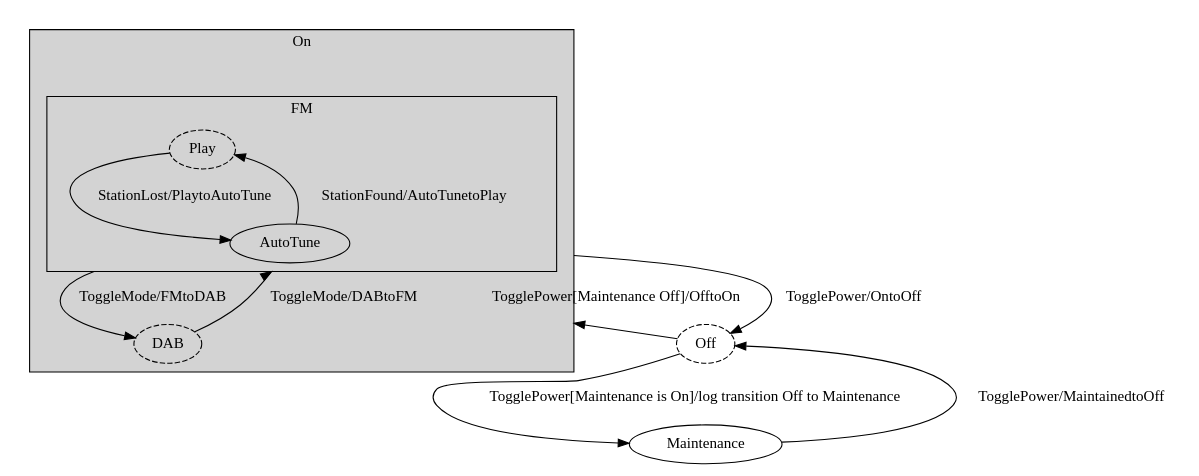
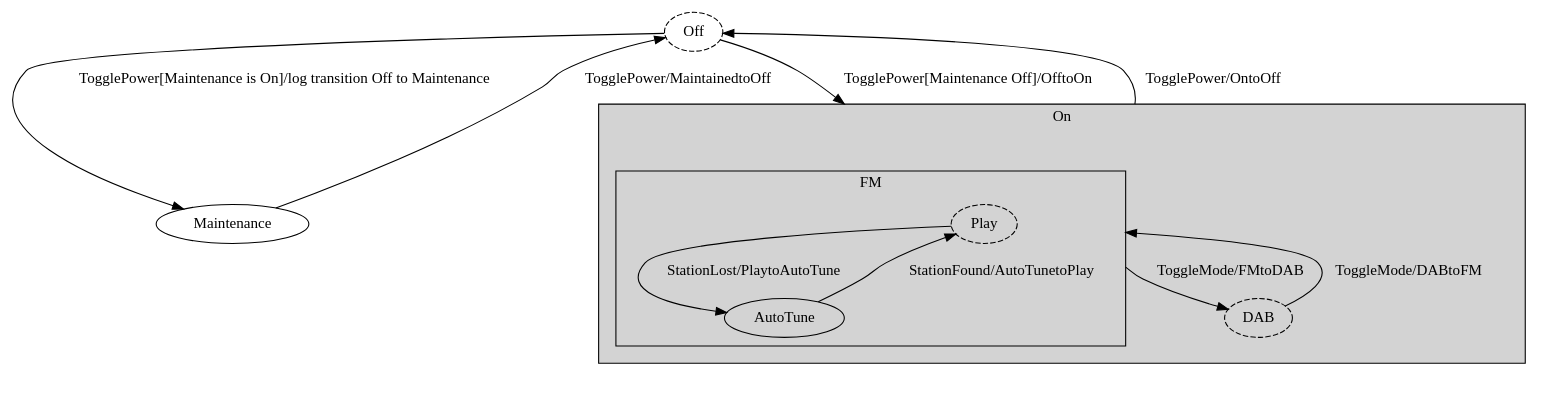
Before and after one commit to tangly-team/tangly-os: the diagram in net.tangly.fsm/src/site/pics/fsm-bbv.dot, drawn with Graphviz. The commit also changed 3 other files, not shown here.

```diff
--- a/net.tangly.fsm/src/site/pics/fsm-bbv.dot
+++ b/net.tangly.fsm/src/site/pics/fsm-bbv.dot
@@ -1,31 +1,31 @@
 digraph G {
   compound=true;
 
   Off [style="dashed"];
   Maintenance [];
   subgraph cluster1003 {
     style=invis;
     subgraph cluster3 {
       style="visible, filled";
       label = "On"
       subgraph cluster1004 {
         style=invis;
         subgraph cluster4 {
           style="visible, filled";
           label = "FM"
           Play [style="dashed, filled"];
           AutoTune [];
         }
       }
       DAB [style="dashed"];
     }
   }
   Off -> Maintenance [label="TogglePower[Maintenance is On]/log transition Off to Maintenance"];
-  Off -> AutoTune [lhead=cluster3, label="TogglePower[Maintenance Off]/OfftoOn"];
+  Off -> Play [lhead=cluster3, label="TogglePower[Maintenance Off]/OfftoOn"];
   Maintenance -> Off [label="TogglePower/MaintainedtoOff"];
-  AutoTune -> Off [ltail=cluster3, label="TogglePower/OntoOff"];
-  AutoTune -> DAB [ltail=cluster4, label="ToggleMode/FMtoDAB"];
+  Play -> Off [ltail=cluster3, label="TogglePower/OntoOff"];
+  Play -> DAB [ltail=cluster4, label="ToggleMode/FMtoDAB"];
   Play -> AutoTune [label="StationLost/PlaytoAutoTune"];
   AutoTune -> Play [label="StationFound/AutoTunetoPlay"];
-  DAB -> AutoTune [lhead=cluster4, label="ToggleMode/DABtoFM"];
+  DAB -> Play [lhead=cluster4, label="ToggleMode/DABtoFM"];
 }
```
